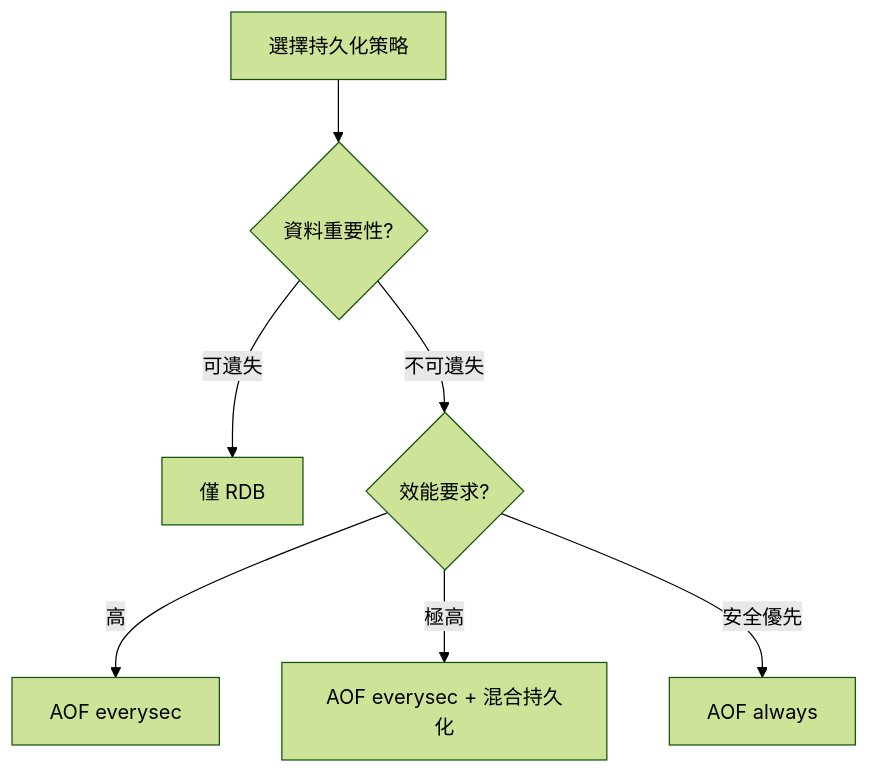
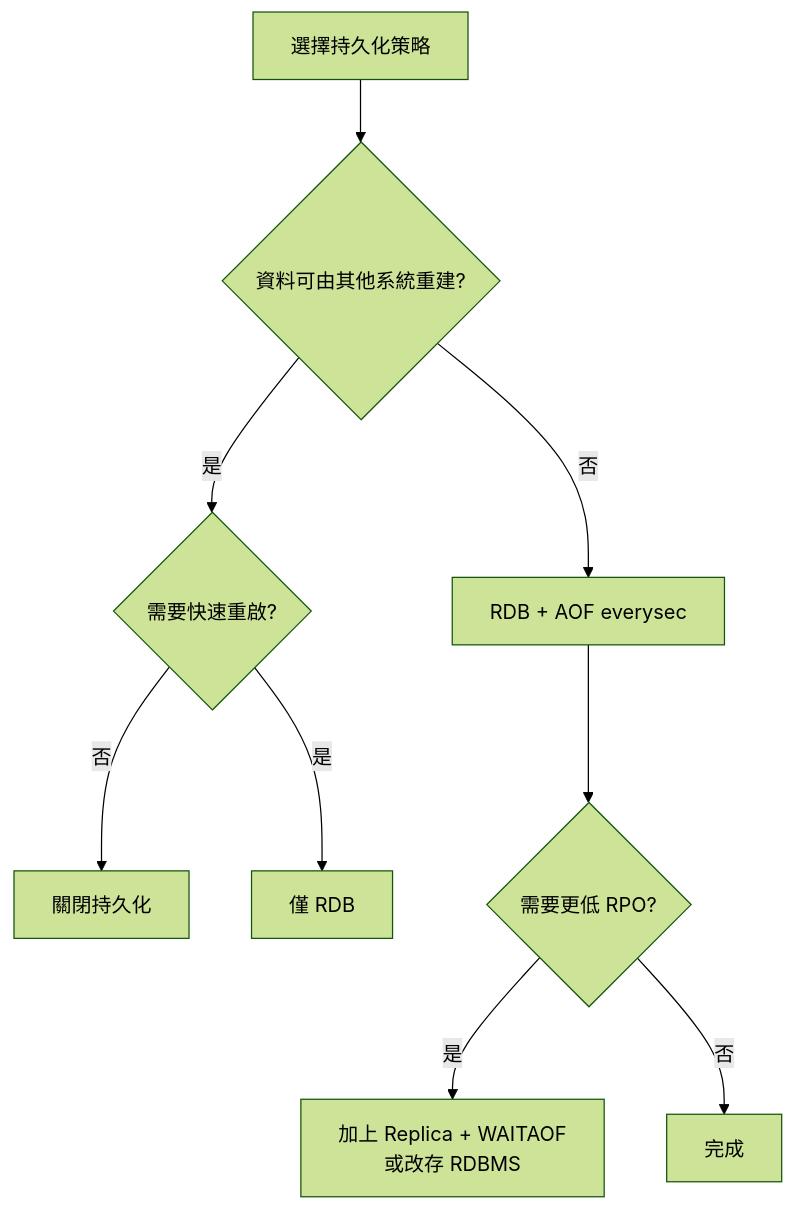
Before and after one commit to chihhung/Blog: the ninth of 30 diagrams in content/posts/教學/工具/Redis教學手冊.md, drawn with Mermaid (forest theme). The commit also changed other lines of this file and 10 other files, not shown here.

````diff
--- a/content/posts/教學/工具/Redis教學手冊.md
+++ b/content/posts/教學/工具/Redis教學手冊.md
@@ -737,9 +1210,11 @@
 ```mermaid
 flowchart TD
-    A[選擇持久化策略] --> B{資料重要性?}
-    B -->|可遺失| C[僅 RDB]
-    B -->|不可遺失| D{效能要求?}
-    D -->|高| E[AOF everysec]
-    D -->|極高| F[AOF everysec + 混合持久化]
-    D -->|安全優先| G[AOF always]
+    A[選擇持久化策略] --> B{資料可由其他系統重建?}
+    B -->|是| C{需要快速重啟?}
+    C -->|否| D[關閉持久化]
+    C -->|是| E[僅 RDB]
+    B -->|否| F[RDB + AOF everysec]
+    F --> G{需要更低 RPO?}
+    G -->|是| H[加上 Replica + WAITAOF<br/>或改存 RDBMS]
+    G -->|否| I[完成]
 ```
````
